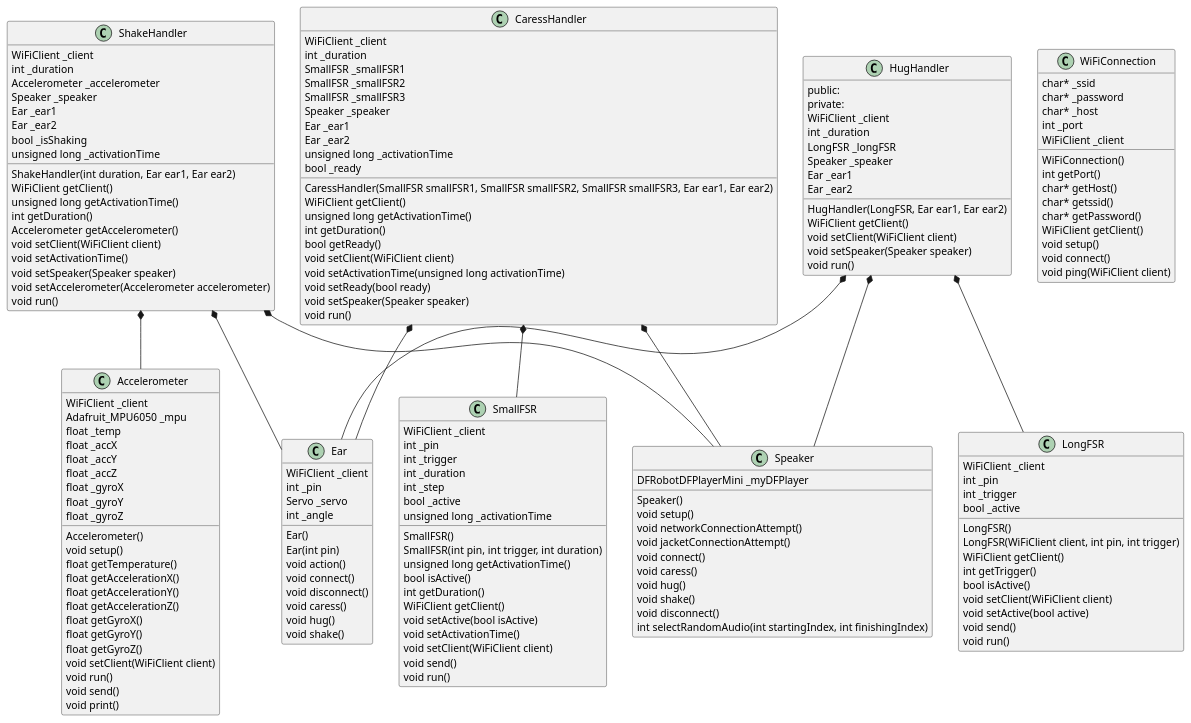
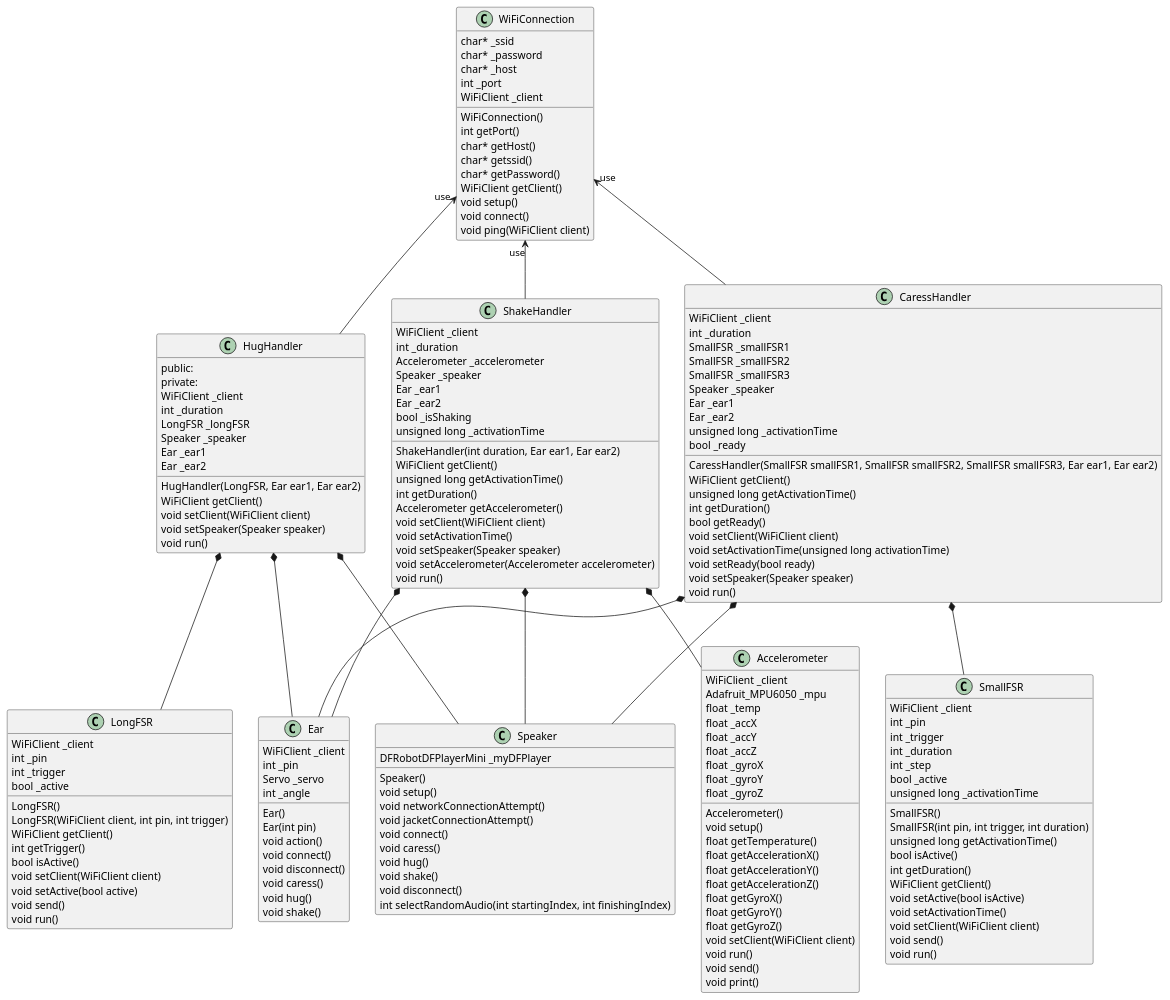
One commit to AlessandroBarbiero/P-Hug changed the diagram in Client/diagrams/diagram.puml. Above: the diagram before and after it, drawn with PlantUML. The commit also changed 6 other files, not shown here.

```diff
--- a/Client/diagrams/diagram.puml
+++ b/Client/diagrams/diagram.puml
@@ -1,182 +1,189 @@
 @startuml
+
 class Accelerometer {
             Accelerometer()
             void setup()
             float getTemperature()
             float getAccelerationX()
             float getAccelerationY()
             float getAccelerationZ()
             float getGyroX()
             float getGyroY()
             float getGyroZ()
             void setClient(WiFiClient client)
             void run()
             void send()
             void print()
             WiFiClient _client
             Adafruit_MPU6050 _mpu
             float _temp
             float _accX
             float _accY
             float _accZ
             float _gyroX
             float _gyroY
             float _gyroZ
     }
 
 class Ear {
             Ear()
             Ear(int pin)
             void action()
             void connect()
             void disconnect()
             void caress()
             void hug()
             void shake()
             WiFiClient _client
             int _pin
             Servo _servo
             int _angle
     }
 
     class LongFSR {
             LongFSR()
             LongFSR(WiFiClient client, int pin, int trigger)
             WiFiClient getClient()
             int getTrigger()
             bool isActive()
             void setClient(WiFiClient client)
             void setActive(bool active)
             void send()
             void run()
             WiFiClient _client
             int _pin
             int _trigger
             bool _active
     }
 
     class SmallFSR {
             SmallFSR()
             SmallFSR(int pin, int trigger, int duration)
             unsigned long getActivationTime()
             bool isActive()
             int getDuration()
             WiFiClient getClient()
             void setActive(bool isActive)
             void setActivationTime()
             void setClient(WiFiClient client)
             void send()
             void run()
             WiFiClient _client
             int _pin
             int _trigger
             int _duration
             int _step
             bool _active 
             unsigned long _activationTime
     }
 
     class Speaker{
             Speaker()
             void setup()
             void networkConnectionAttempt()
             void jacketConnectionAttempt()
             void connect()
             void caress()
             void hug()
             void shake()
             void disconnect()
             DFRobotDFPlayerMini _myDFPlayer
             int selectRandomAudio(int startingIndex, int finishingIndex)
     }
 
     class WiFiConnection {
             WiFiConnection()
             int getPort()
             char* getHost()
             char* getssid()
             char* getPassword()
             WiFiClient getClient()
             void setup()
             void connect()
             void ping(WiFiClient client)
             char* _ssid 
             char* _password 
             char* _host 
             int _port 
             WiFiClient _client
     }
 
     class CaressHandler {
             CaressHandler(SmallFSR smallFSR1, SmallFSR smallFSR2, SmallFSR smallFSR3, Ear ear1, Ear ear2)
             WiFiClient getClient()
             unsigned long getActivationTime()
             int getDuration()
             bool getReady()
             void setClient(WiFiClient client)
             void setActivationTime(unsigned long activationTime)
             void setReady(bool ready)
             void setSpeaker(Speaker speaker)
             void run()
             WiFiClient _client
             int _duration
             SmallFSR _smallFSR1
             SmallFSR _smallFSR2
             SmallFSR _smallFSR3
             Speaker _speaker
             Ear _ear1
             Ear _ear2
             unsigned long _activationTime 
             bool _ready
             
     }
 
     class HugHandler {
         public:
             HugHandler(LongFSR, Ear ear1, Ear ear2)
             WiFiClient getClient()
             void setClient(WiFiClient client)
             void setSpeaker(Speaker speaker)
             void run()
         private:
             WiFiClient _client
             int _duration
             LongFSR _longFSR
             Speaker _speaker
             Ear _ear1
             Ear _ear2            
     }
 
 
     class ShakeHandler {
             ShakeHandler(int duration, Ear ear1, Ear ear2)
             WiFiClient getClient()
             unsigned long getActivationTime()
             int getDuration()
             Accelerometer getAccelerometer()
             void setClient(WiFiClient client)
             void setActivationTime()
             void setSpeaker(Speaker speaker)
             void setAccelerometer(Accelerometer accelerometer)
             void run()
             WiFiClient _client
             int _duration
             Accelerometer _accelerometer
             Speaker _speaker
             Ear _ear1
             Ear _ear2
             bool _isShaking 
             unsigned long _activationTime
     }
 
+    ShakeHandler -u-> "use" WiFiConnection
+    CaressHandler -u-> "use" WiFiConnection
+    HugHandler -u-> "use" WiFiConnection
+
     ShakeHandler *-- Speaker
     ShakeHandler *-- Ear
     ShakeHandler *-- Accelerometer
+
     CaressHandler *-- Speaker
     CaressHandler *-- Ear
     CaressHandler *-- SmallFSR
+
     HugHandler *-- Speaker
     HugHandler *-- Ear
     HugHandler *-- LongFSR
 
 @enduml
```
